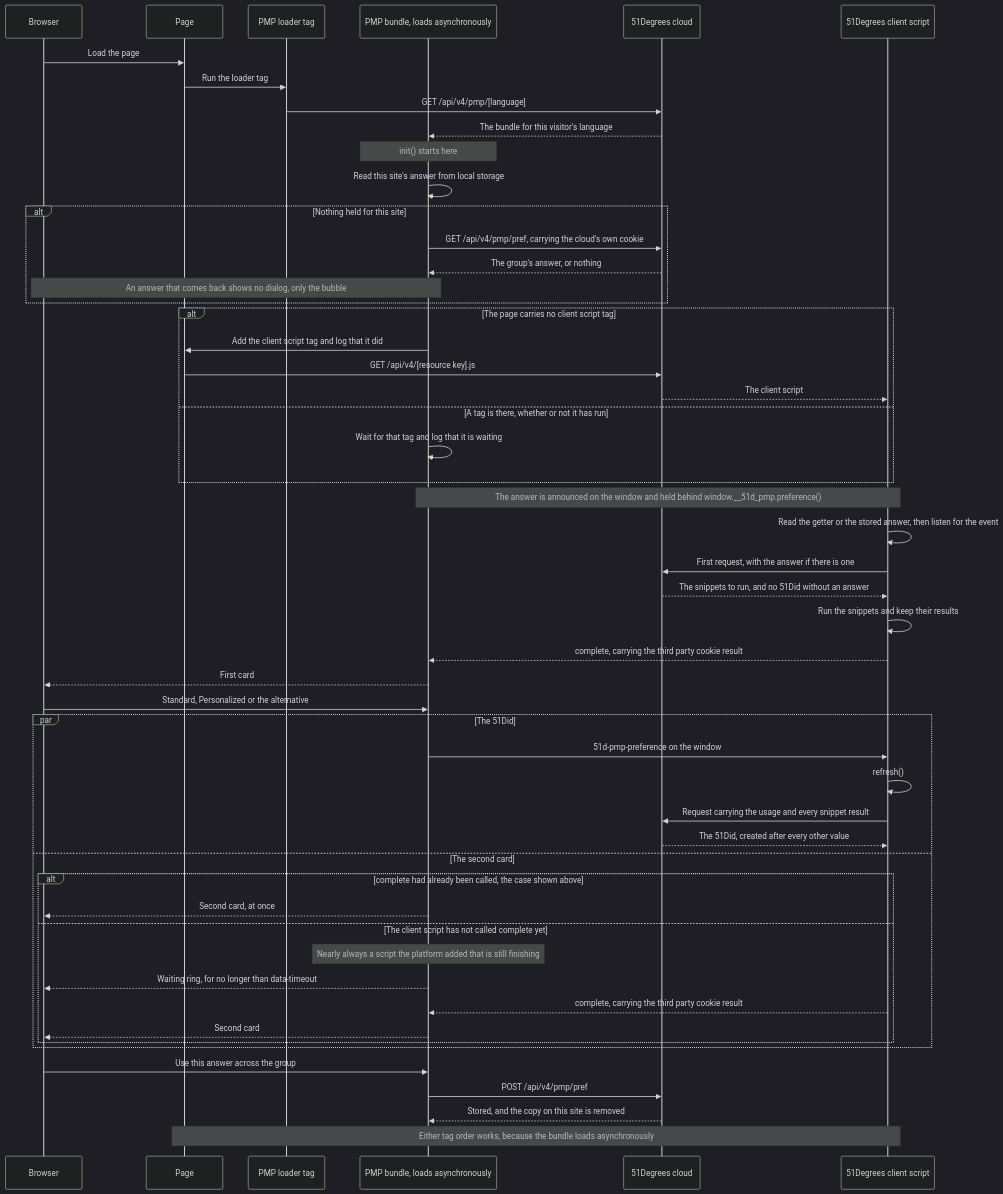
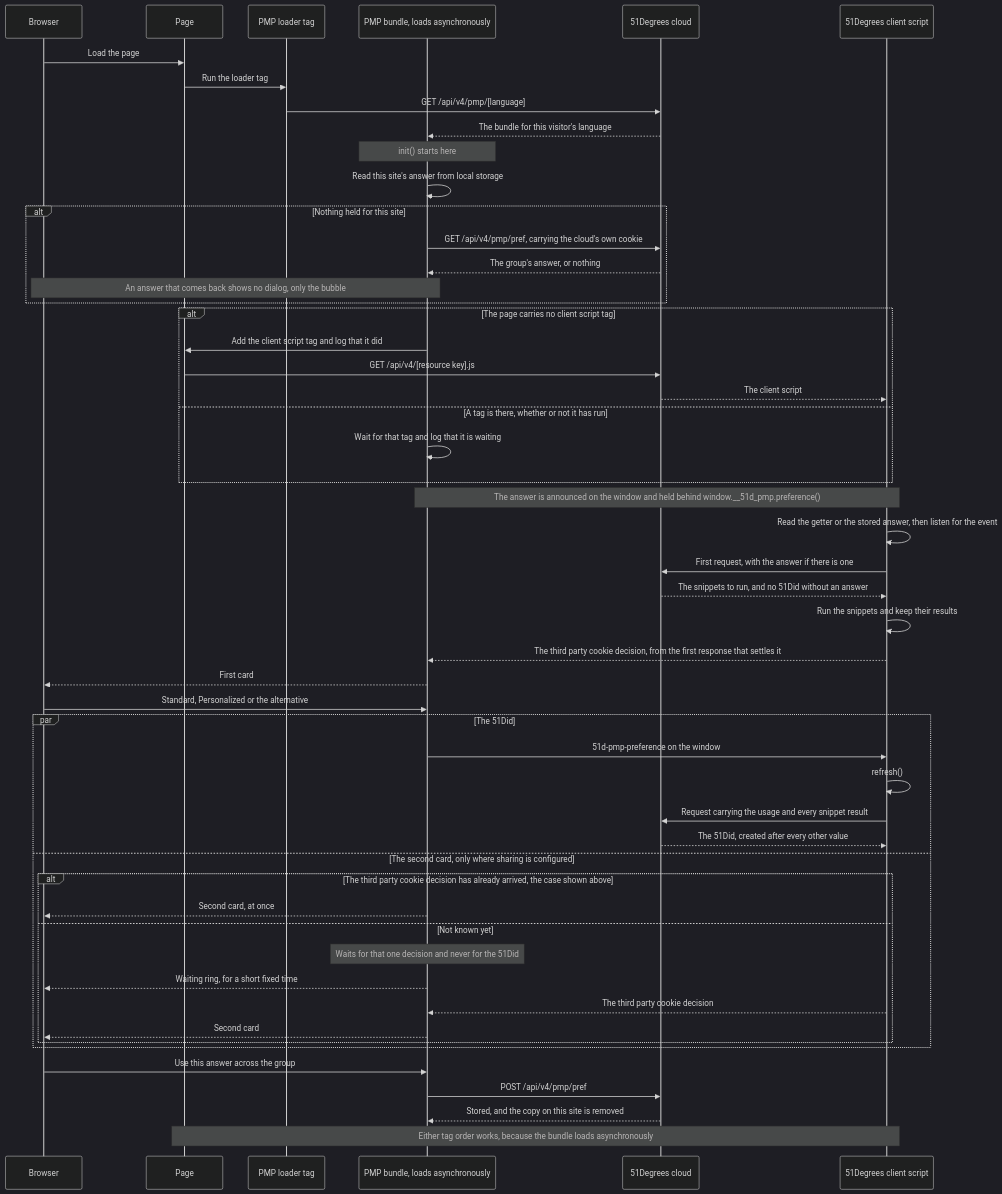
Before and after one commit to 51Degrees/documentation: the diagram in src/identifiers/pmp/index.md, drawn with Mermaid (dark theme). The commit also changed other lines of this file and 2 other files, not shown here.

````diff
--- a/src/identifiers/pmp/index.md
+++ b/src/identifiers/pmp/index.md
@@ -80,61 +81,61 @@
 ```mermaid
 sequenceDiagram
     participant Browser as Browser
     participant Page as Page
     participant Loader as PMP loader tag
     participant Bundle as PMP bundle, loads asynchronously
     participant Cloud as 51Degrees cloud
     participant Script as 51Degrees client script
 
     Browser->>Page: Load the page
     Page->>Loader: Run the loader tag
     Loader->>Cloud: GET /api/v4/pmp/[language]
     Cloud-->>Bundle: The bundle for this visitor's language
 
     Note over Bundle: init() starts here
     Bundle->>Bundle: Read this site's answer from local storage
     alt Nothing held for this site
         Bundle->>Cloud: GET /api/v4/pmp/pref, carrying the cloud's own cookie
         Cloud-->>Bundle: The group's answer, or nothing
         Note over Browser,Bundle: An answer that comes back shows no dialog, only the bubble
     end
 
     alt The page carries no client script tag
         Bundle->>Page: Add the client script tag and log that it did
         Page->>Cloud: GET /api/v4/[resource key].js
         Cloud-->>Script: The client script
     else A tag is there, whether or not it has run
         Bundle->>Bundle: Wait for that tag and log that it is waiting
     end
 
     Note over Bundle,Script: The answer is announced on the window and held behind window.__51d_pmp.preference()
     Script->>Script: Read the getter or the stored answer, then listen for the event
     Script->>Cloud: First request, with the answer if there is one
     Cloud-->>Script: The snippets to run, and no 51Did without an answer
     Script->>Script: Run the snippets and keep their results
-    Script-->>Bundle: complete, carrying the third party cookie result
+    Script-->>Bundle: The third party cookie decision, from the first response that settles it
 
     Bundle-->>Browser: First card
     Browser->>Bundle: Standard, Personalized or the alternative
     par The 51Did
         Bundle->>Script: 51d-pmp-preference on the window
         Script->>Script: refresh()
         Script->>Cloud: Request carrying the usage and every snippet result
         Cloud-->>Script: The 51Did, created after every other value
-    and The second card
-        alt complete had already been called, the case shown above
+    and The second card, only where sharing is configured
+        alt The third party cookie decision has already arrived, the case shown above
             Bundle-->>Browser: Second card, at once
-        else The client script has not called complete yet
-            Note over Bundle: Nearly always a script the platform added that is still finishing
-            Bundle-->>Browser: Waiting ring, for no longer than data-timeout
-            Script-->>Bundle: complete, carrying the third party cookie result
+        else Not known yet
+            Note over Bundle: Waits for that one decision and never for the 51Did
+            Bundle-->>Browser: Waiting ring, for a short fixed time
+            Script-->>Bundle: The third party cookie decision
             Bundle-->>Browser: Second card
         end
     end
 
     Browser->>Bundle: Use this answer across the group
     Bundle->>Cloud: POST /api/v4/pmp/pref
     Cloud-->>Bundle: Stored, and the copy on this site is removed
 
     Note over Page,Script: Either tag order works, because the bundle loads asynchronously
 ```
````
